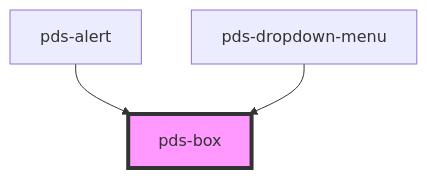
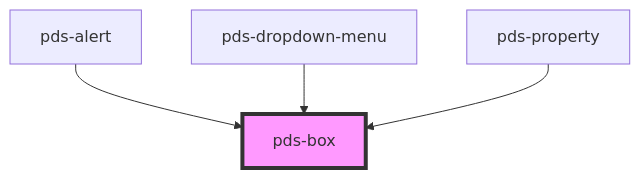
One commit to Kajabi/pine changed the diagram in libs/core/src/components/pds-box/readme.md. Above: the diagram before and after it, drawn with Mermaid. The commit also changed other lines of this file and 10 other files, not shown here.

````diff
--- a/libs/core/src/components/pds-box/readme.md
+++ b/libs/core/src/components/pds-box/readme.md
@@ -59,6 +60,7 @@
 ```mermaid
 graph TD;
   pds-alert --> pds-box
   pds-dropdown-menu --> pds-box
+  pds-property --> pds-box
   style pds-box fill:#f9f,stroke:#333,stroke-width:4px
 ```
````
